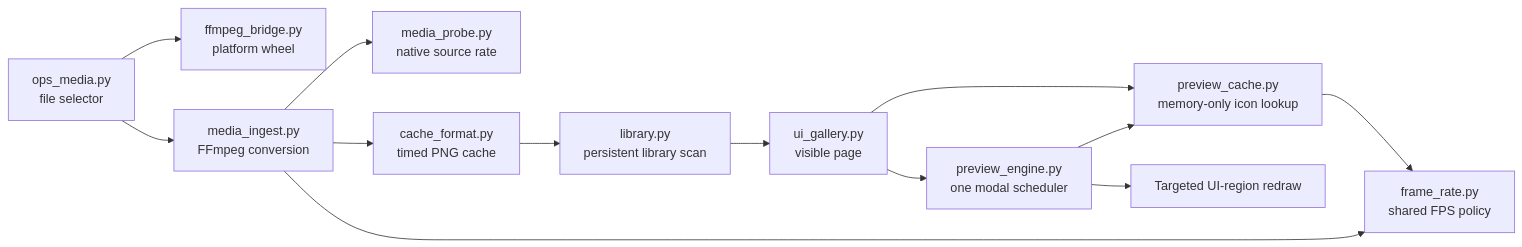
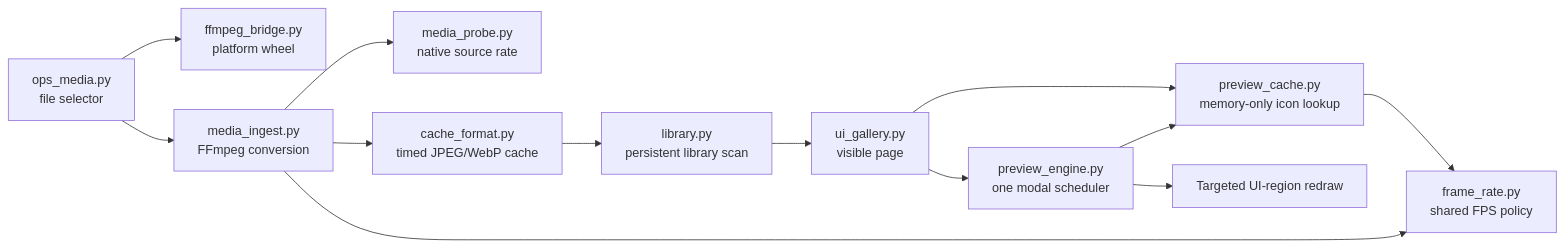
One commit to tdw46/blender-animated-ui changed the diagram in README.md. Above: the diagram before and after it, drawn with Mermaid. The commit also changed other lines of this file and 23 other files, not shown here.

````diff
--- a/README.md
+++ b/README.md
@@ -118,16 +133,16 @@
 ```mermaid
 flowchart LR
     UI["ui_gallery.py<br/>visible page"] --> PC["preview_cache.py<br/>memory-only icon lookup"]
     UI --> PE["preview_engine.py<br/>one modal scheduler"]
     PE --> PC
     PE --> R["Targeted UI-region redraw"]
     PC --> FPS["frame_rate.py<br/>shared FPS policy"]
 
     OP["ops_media.py<br/>file selector"] --> FB["ffmpeg_bridge.py<br/>platform wheel"]
     OP --> MI["media_ingest.py<br/>FFmpeg conversion"]
     MI --> MP["media_probe.py<br/>native source rate"]
     MI --> FPS
-    MI --> CF["cache_format.py<br/>timed PNG cache"]
+    MI --> CF["cache_format.py<br/>timed JPEG/WebP cache"]
     CF --> LIB["library.py<br/>persistent library scan"]
     LIB --> UI
 ```
````
